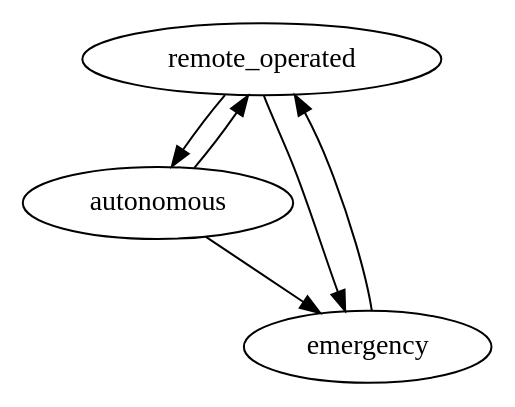
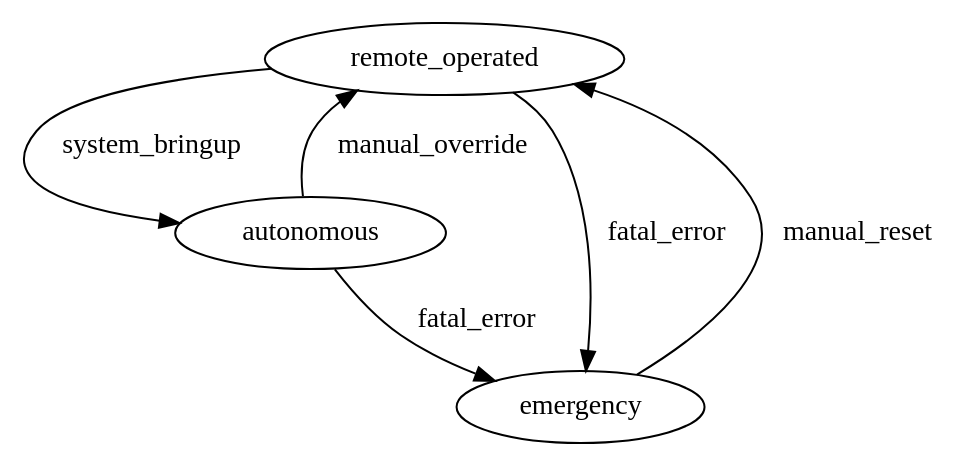
One commit to OUXT-Polaris/robotx_core changed the diagram in robotx_decision_maker/data/control_state_machine.dot. Above: the diagram before and after it, drawn with Graphviz. The commit also changed 4 other files, not shown here.

```diff
--- a/robotx_decision_maker/data/control_state_machine.dot
+++ b/robotx_decision_maker/data/control_state_machine.dot
@@ -1,10 +1,10 @@
 digraph G {
 0[label=remote_operated];
 1[label=autonomous];
 2[label=emergency];
-0->1 ;
-0->2 ;
-1->0 ;
-1->2 ;
-2->0 ;
+0->1 [label=system_bringup];
+0->2 [label=fatal_error];
+1->0 [label=manual_override];
+1->2 [label=fatal_error];
+2->0 [label=manual_reset];
 }
```
